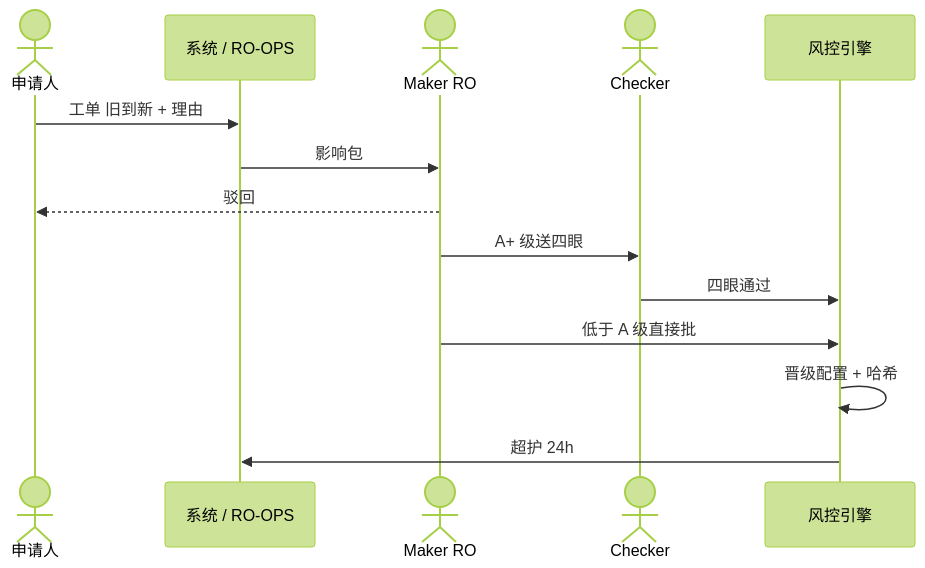
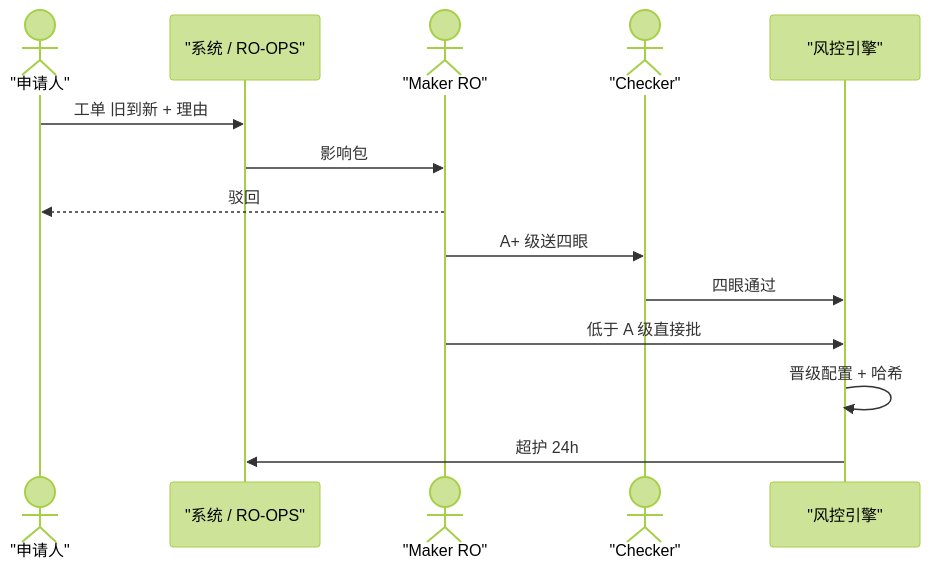
One commit to hxyan2020/PRD changed the sixth of 14 diagrams in docs/risk-handbook/zh-CN.md. Above: the diagram before and after it, drawn with Mermaid (forest theme). The commit also changed other lines of this file and 7 other files, not shown here.

First line of the commit message:
Show handbook diagrams without a CDN

````diff
--- a/docs/risk-handbook/zh-CN.md
+++ b/docs/risk-handbook/zh-CN.md
@@ -406,16 +407,16 @@
 ```mermaid
 sequenceDiagram
-  actor Req as 申请人
-  participant SYS as 系统 / RO-OPS
-  actor RO as Maker RO
-  actor CHK as Checker
-  participant RE as 风控引擎
+  actor Req as "申请人"
+  participant SYS as "系统 / RO-OPS"
+  actor RO as "Maker RO"
+  actor CHK as "Checker"
+  participant RE as "风控引擎"
   Req->>SYS: 工单 旧到新 + 理由
   SYS->>RO: 影响包
   RO-->>Req: 驳回
   RO->>CHK: A+ 级送四眼
   CHK->>RE: 四眼通过
   RO->>RE: 低于 A 级直接批
   RE->>RE: 晋级配置 + 哈希
   RE->>SYS: 超护 24h
 ```
````
